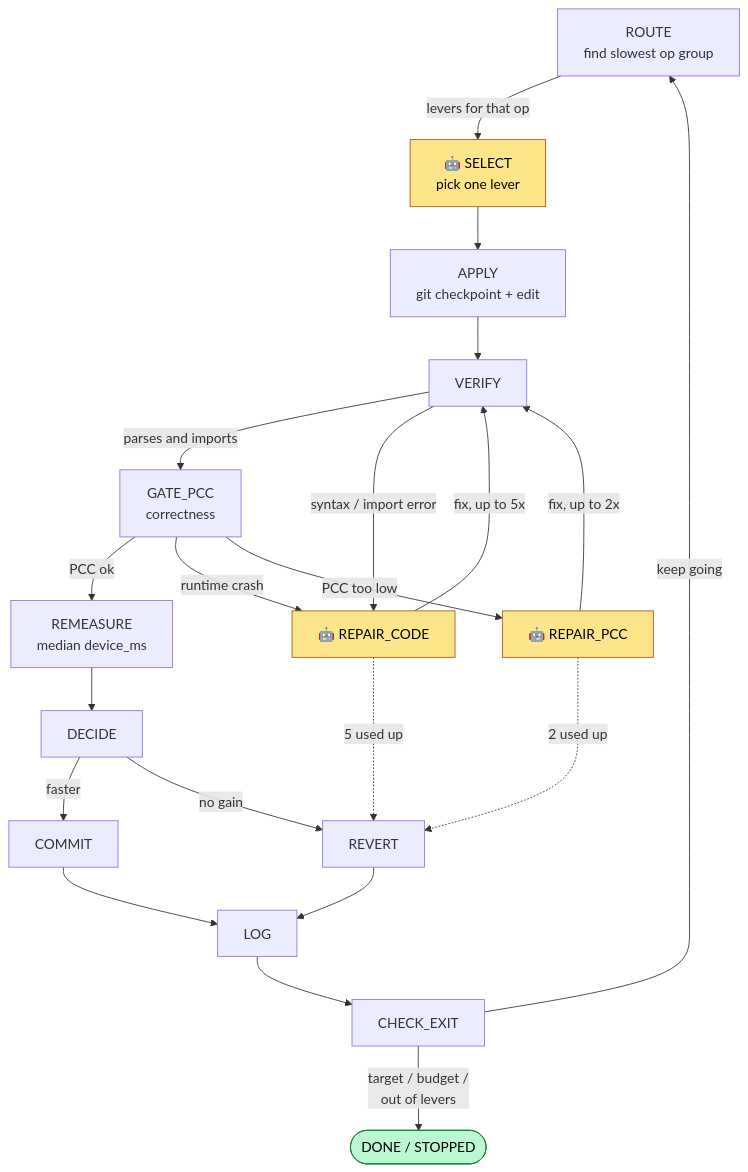
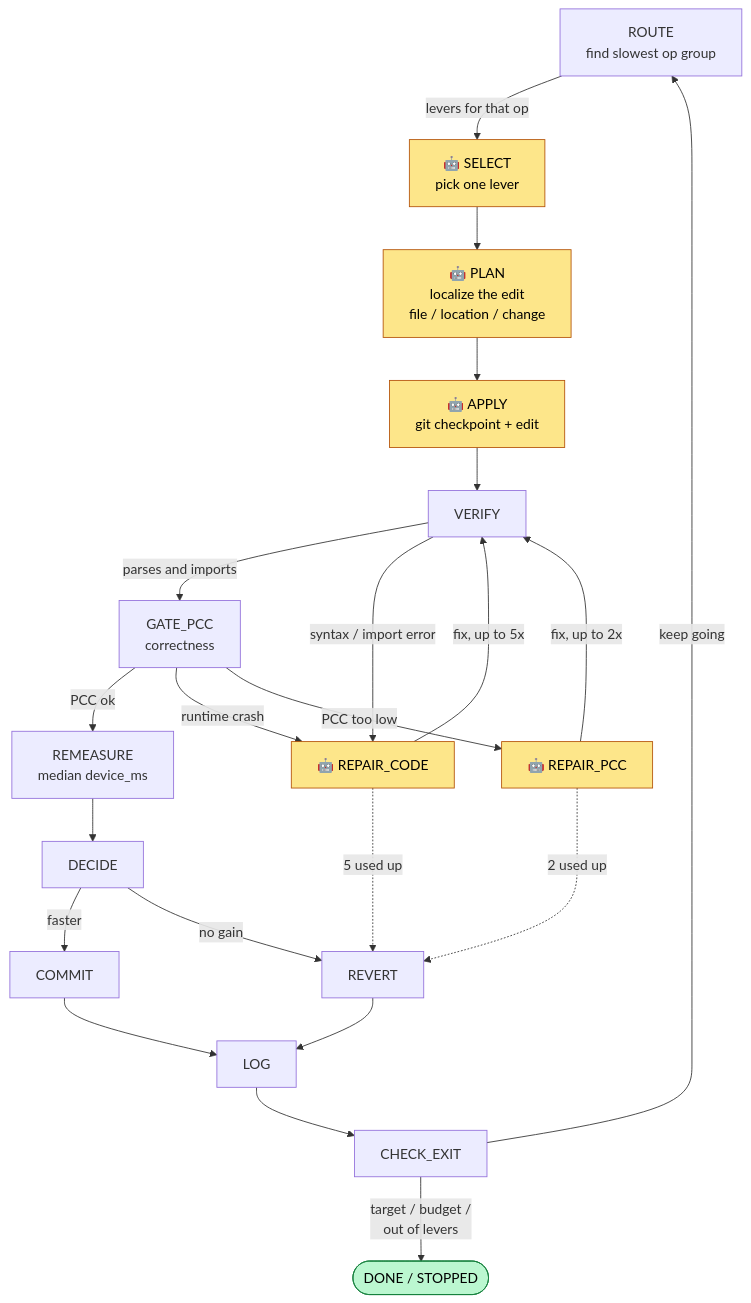
The second of 2 diagrams in models/experimental/perf_automation/README.md (tenstorrent/tt-metal), drawn with Mermaid before and after one commit. The commit also changed other lines of this file and 9 other files, not shown here.

````diff
--- a/models/experimental/perf_automation/README.md
+++ b/models/experimental/perf_automation/README.md
@@ -50,28 +60,29 @@
 ```mermaid
 flowchart TD
     ROUTE["ROUTE<br/>find slowest op group"] -->|"levers for that op"| SELECT
-    SELECT["🤖 SELECT<br/>pick one lever"] --> APPLY
-    APPLY["APPLY<br/>git checkpoint + edit"] --> VERIFY
+    SELECT["🤖 SELECT<br/>pick one lever"] --> PLAN
+    PLAN["🤖 PLAN<br/>localize the edit<br/>file / location / change"] --> APPLY
+    APPLY["🤖 APPLY<br/>git checkpoint + edit"] --> VERIFY
     VERIFY -->|"parses and imports"| GATE["GATE_PCC<br/>correctness"]
     VERIFY -->|"syntax / import error"| RC["🤖 REPAIR_CODE"]
     GATE -->|"PCC ok"| REM["REMEASURE<br/>median device_ms"]
     GATE -->|"runtime crash"| RC
     GATE -->|"PCC too low"| RP["🤖 REPAIR_PCC"]
     RC -->|"fix, up to 5x"| VERIFY
     RP -->|"fix, up to 2x"| VERIFY
     RC -.->|"5 used up"| REVERT
     RP -.->|"2 used up"| REVERT
     REM --> DECIDE
     DECIDE -->|"faster"| COMMIT
     DECIDE -->|"no gain"| REVERT
     COMMIT --> LOG
     REVERT --> LOG
     LOG --> EXIT["CHECK_EXIT"]
     EXIT -->|"keep going"| ROUTE
     EXIT -->|"target / budget /<br/>out of levers"| STOP(["DONE / STOPPED"])
 
     classDef agent fill:#fde68a,stroke:#b45309,color:#000;
     classDef term fill:#bbf7d0,stroke:#15803d,color:#000;
-    class SELECT,RC,RP agent;
+    class SELECT,PLAN,APPLY,RC,RP agent;
     class STOP term;
 ```
````
